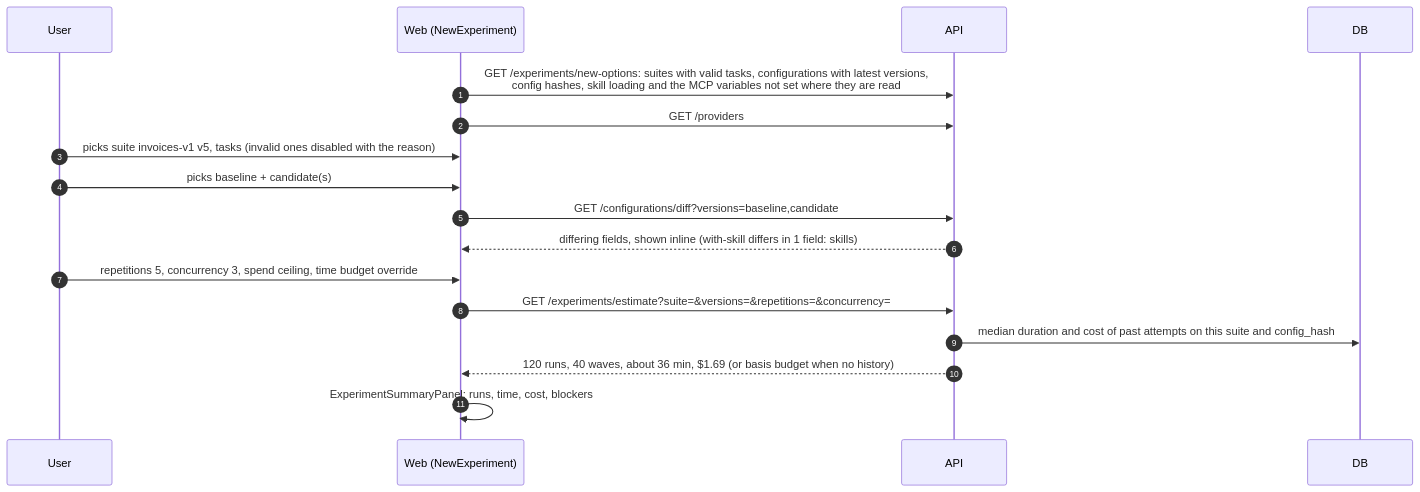
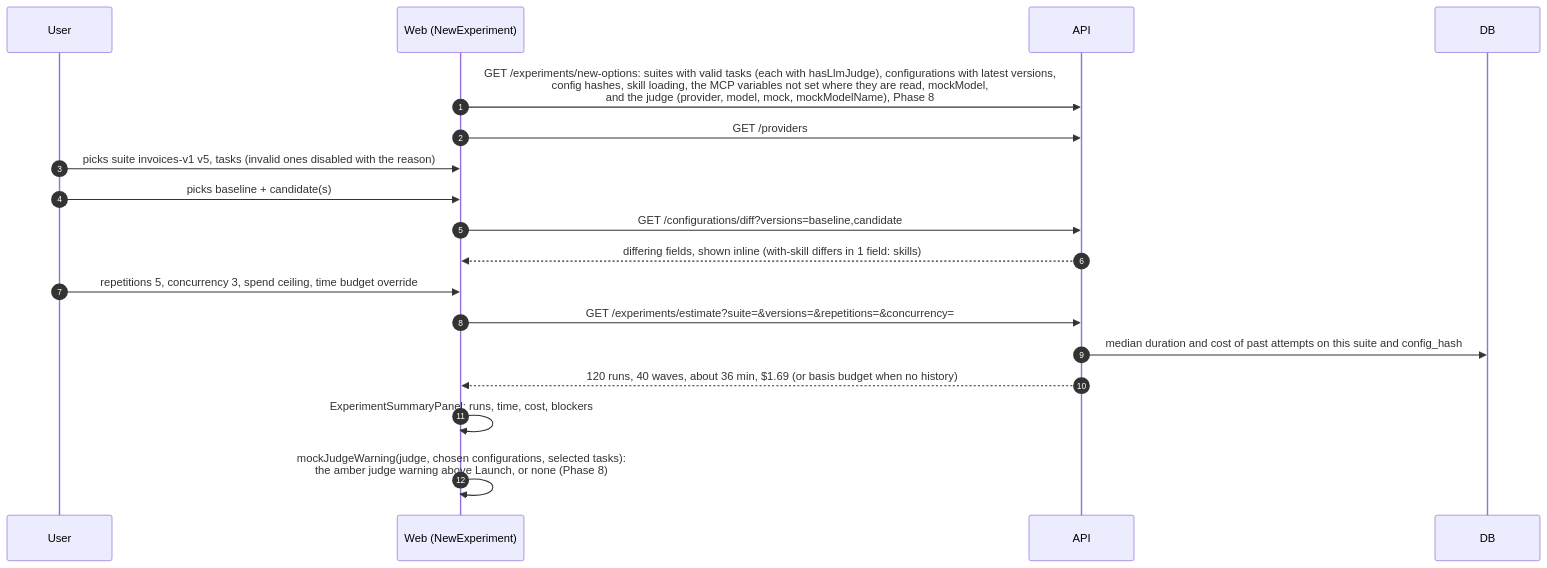
One commit to sasuke007/hermes-evals changed diagram 32 of 49 in UI_FLOWS.md. Above: the diagram before and after it, drawn with Mermaid. The commit also changed other lines of this file and 146 other files, not shown here.

````diff
--- a/UI_FLOWS.md
+++ b/UI_FLOWS.md
@@ -1148,20 +1202,21 @@
 ```mermaid
 sequenceDiagram
   autonumber
   participant U as User
   participant W as Web (NewExperiment)
   participant A as API
   participant DB as DB
 
-  W->>A: GET /experiments/new-options: suites with valid tasks, configurations with latest versions,<br/>config hashes, skill loading and the MCP variables not set where they are read
+  W->>A: GET /experiments/new-options: suites with valid tasks (each with hasLlmJudge), configurations with latest versions,<br/>config hashes, skill loading, the MCP variables not set where they are read, mockModel,<br/>and the judge (provider, model, mock, mockModelName), Phase 8
   W->>A: GET /providers
   U->>W: picks suite invoices-v1 v5, tasks (invalid ones disabled with the reason)
   U->>W: picks baseline + candidate(s)
   W->>A: GET /configurations/diff?versions=baseline,candidate
   A-->>W: differing fields, shown inline (with-skill differs in 1 field: skills)
   U->>W: repetitions 5, concurrency 3, spend ceiling, time budget override
   W->>A: GET /experiments/estimate?suite=&versions=&repetitions=&concurrency=
   A->>DB: median duration and cost of past attempts on this suite and config_hash
   A-->>W: 120 runs, 40 waves, about 36 min, $1.69 (or basis budget when no history)
   W->>W: ExperimentSummaryPanel: runs, time, cost, blockers
+  W->>W: mockJudgeWarning(judge, chosen configurations, selected tasks):<br/>the amber judge warning above Launch, or none (Phase 8)
 ```
````
